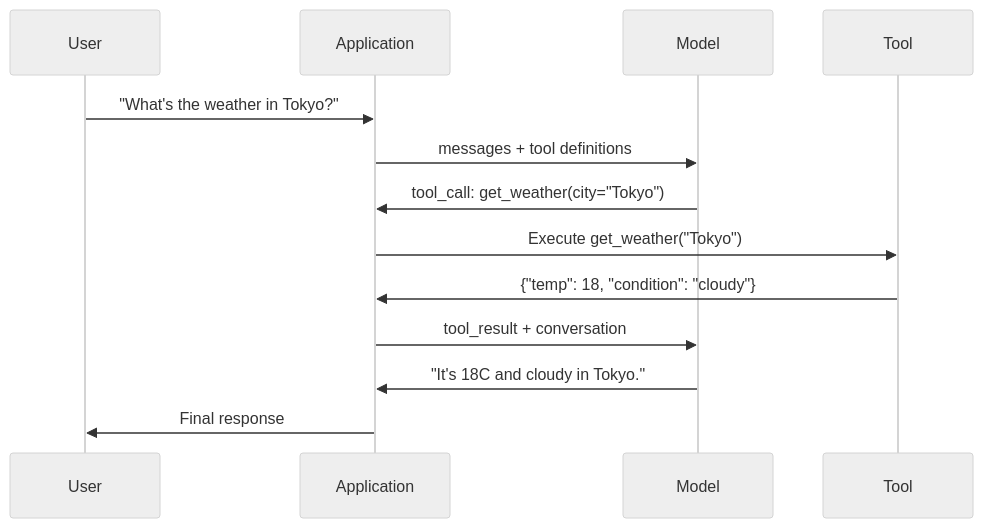
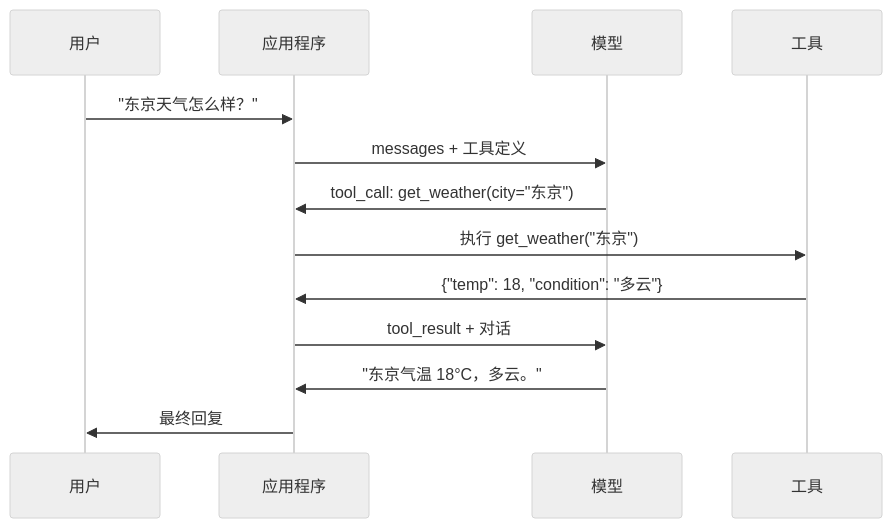
One commit to guangningsun/ailearning changed the diagram in lessons/11-llm-engineering/09-function-calling/docs/zh.md. Above: the diagram before and after it, drawn with Mermaid (neutral theme). The commit also changed other lines of this file and 17 other files, not shown here.

````diff
--- a/lessons/11-llm-engineering/09-function-calling/docs/zh.md
+++ b/lessons/11-llm-engineering/09-function-calling/docs/zh.md
@@ -38,16 +38,16 @@
 ```mermaid
 sequenceDiagram
-    participant U as User
-    participant A as Application
-    participant M as Model
-    participant T as Tool
+    participant U as 用户
+    participant A as 应用程序
+    participant M as 模型
+    participant T as 工具
 
-    U->>A: "What's the weather in Tokyo?"
-    A->>M: messages + tool definitions
-    M->>A: tool_call: get_weather(city="Tokyo")
-    A->>T: Execute get_weather("Tokyo")
-    T->>A: {"temp": 18, "condition": "cloudy"}
-    A->>M: tool_result + conversation
-    M->>A: "It's 18C and cloudy in Tokyo."
-    A->>U: Final response
+    U->>A: "东京天气怎么样？"
+    A->>M: messages + 工具定义
+    M->>A: tool_call: get_weather(city="东京")
+    A->>T: 执行 get_weather("东京")
+    T->>A: {"temp": 18, "condition": "多云"}
+    A->>M: tool_result + 对话
+    M->>A: "东京气温 18°C，多云。"
+    A->>U: 最终回复
 ```
````
